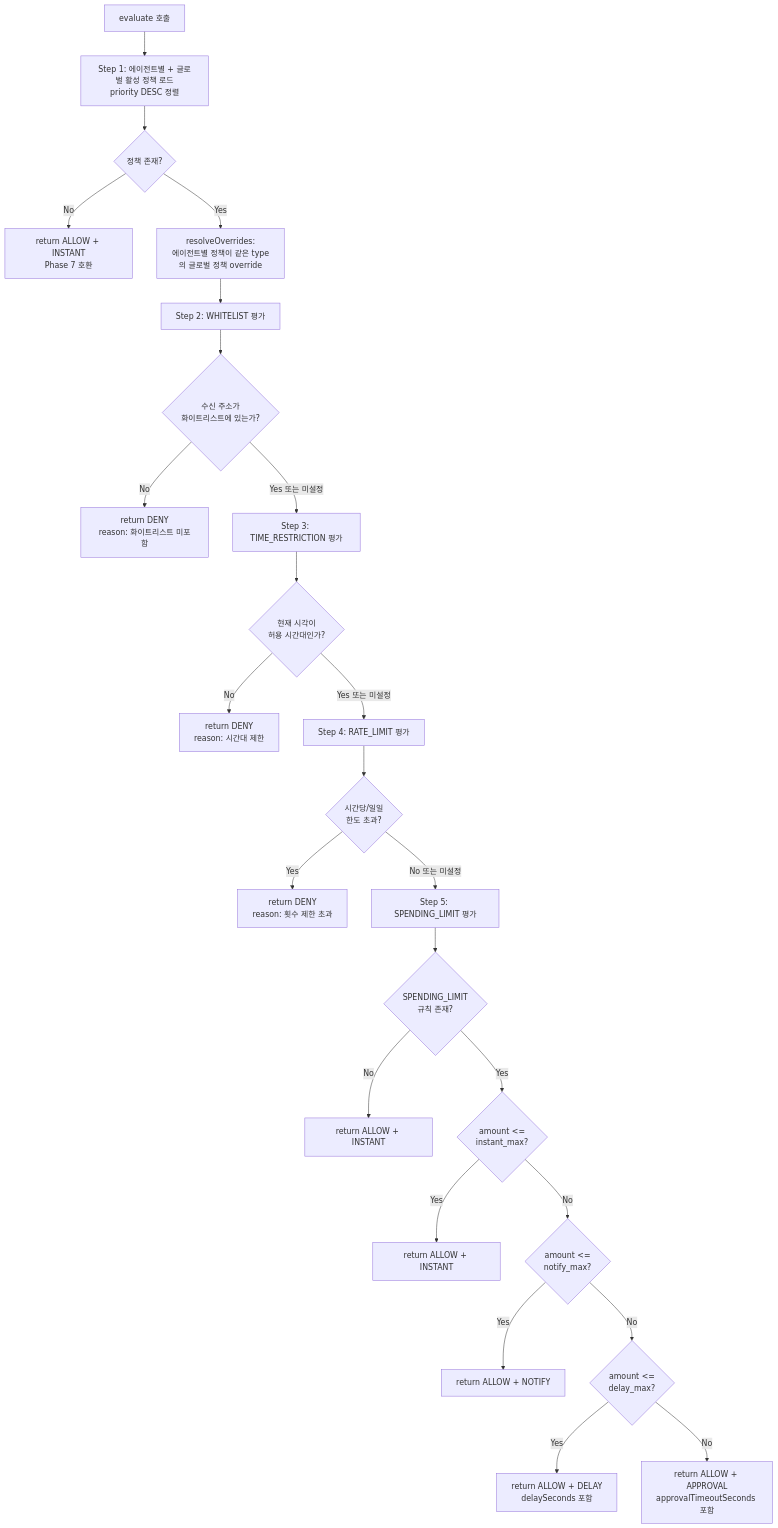
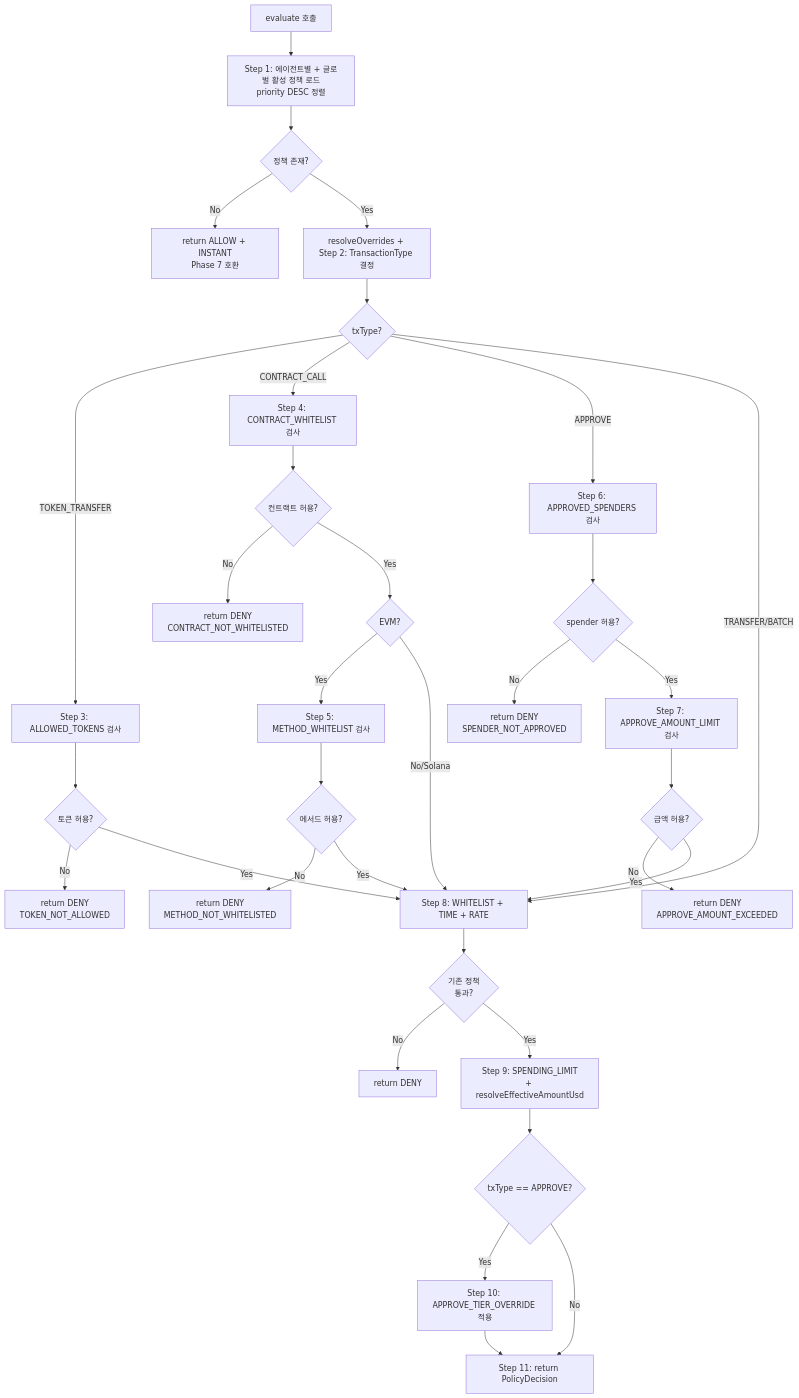
The first of 5 diagrams in .planning/deliverables/33-time-lock-approval-mechanism.md (minhoyoo-iotrust/WAIaaS), drawn with Mermaid before and after one commit. The commit also changed other lines of this file and 1 other file, not shown here.

First line of the commit message:
feat(25-03): 33-time-lock 정책 엔진 + 32-pipeline 파이프라인 v0.6 통합

````diff
--- a/.planning/deliverables/33-time-lock-approval-mechanism.md
+++ b/.planning/deliverables/33-time-lock-approval-mechanism.md
@@ -653,30 +846,43 @@
 ```mermaid
 flowchart TD
     A[evaluate 호출] --> B[Step 1: 에이전트별 + 글로벌 활성 정책 로드<br/>priority DESC 정렬]
     B --> C{정책 존재?}
     C -->|No| D[return ALLOW + INSTANT<br/>Phase 7 호환]
-    C -->|Yes| E[resolveOverrides:<br/>에이전트별 정책이 같은 type의 글로벌 정책 override]
+    C -->|Yes| E[resolveOverrides + Step 2: TransactionType 결정]
 
-    E --> F[Step 2: WHITELIST 평가]
-    F --> G{수신 주소가<br/>화이트리스트에 있는가?}
-    G -->|No| H[return DENY<br/>reason: 화이트리스트 미포함]
-    G -->|Yes 또는 미설정| I[Step 3: TIME_RESTRICTION 평가]
+    E --> F2{txType?}
 
-    I --> J{현재 시각이<br/>허용 시간대인가?}
-    J -->|No| K[return DENY<br/>reason: 시간대 제한]
-    J -->|Yes 또는 미설정| L[Step 4: RATE_LIMIT 평가]
+    F2 -->|TOKEN_TRANSFER| G2[Step 3: ALLOWED_TOKENS 검사]
+    G2 --> G2D{토큰 허용?}
+    G2D -->|No| G2N[return DENY<br/>TOKEN_NOT_ALLOWED]
+    G2D -->|Yes| H2[Step 8: 기존 정책 평가]
 
-    L --> M{시간당/일일<br/>한도 초과?}
-    M -->|Yes| N[return DENY<br/>reason: 횟수 제한 초과]
-    M -->|No 또는 미설정| O[Step 5: SPENDING_LIMIT 평가]
+    F2 -->|CONTRACT_CALL| G3[Step 4: CONTRACT_WHITELIST 검사]
+    G3 --> G3D{컨트랙트 허용?}
+    G3D -->|No| G3N[return DENY<br/>CONTRACT_NOT_WHITELISTED]
+    G3D -->|Yes| G4{EVM?}
+    G4 -->|Yes| G5[Step 5: METHOD_WHITELIST 검사]
+    G5 --> G5D{메서드 허용?}
+    G5D -->|No| G5N[return DENY<br/>METHOD_NOT_WHITELISTED]
+    G5D -->|Yes| H2
+    G4 -->|No/Solana| H2
 
-    O --> P{SPENDING_LIMIT<br/>규칙 존재?}
-    P -->|No| Q[return ALLOW + INSTANT]
-    P -->|Yes| R{amount <=<br/>instant_max?}
-    R -->|Yes| S[return ALLOW + INSTANT]
-    R -->|No| T{amount <=<br/>notify_max?}
-    T -->|Yes| U[return ALLOW + NOTIFY]
-    T -->|No| V{amount <=<br/>delay_max?}
-    V -->|Yes| W[return ALLOW + DELAY<br/>delaySeconds 포함]
-    V -->|No| X[return ALLOW + APPROVAL<br/>approvalTimeoutSeconds 포함]
+    F2 -->|APPROVE| G6[Step 6: APPROVED_SPENDERS 검사]
+    G6 --> G6D{spender 허용?}
+    G6D -->|No| G6N[return DENY<br/>SPENDER_NOT_APPROVED]
+    G6D -->|Yes| G7[Step 7: APPROVE_AMOUNT_LIMIT 검사]
+    G7 --> G7D{금액 허용?}
+    G7D -->|No| G7N[return DENY<br/>APPROVE_AMOUNT_EXCEEDED]
+    G7D -->|Yes| H2
+
+    F2 -->|TRANSFER/BATCH| H2
+
+    H2[Step 8: WHITELIST + TIME + RATE] --> H2D{기존 정책<br/>통과?}
+    H2D -->|No| H2N[return DENY]
+    H2D -->|Yes| I2[Step 9: SPENDING_LIMIT<br/>+ resolveEffectiveAmountUsd]
+
+    I2 --> J2{txType == APPROVE?}
+    J2 -->|Yes| K2[Step 10: APPROVE_TIER_OVERRIDE 적용]
+    K2 --> L2[Step 11: return PolicyDecision]
+    J2 -->|No| L2
 ```
````
